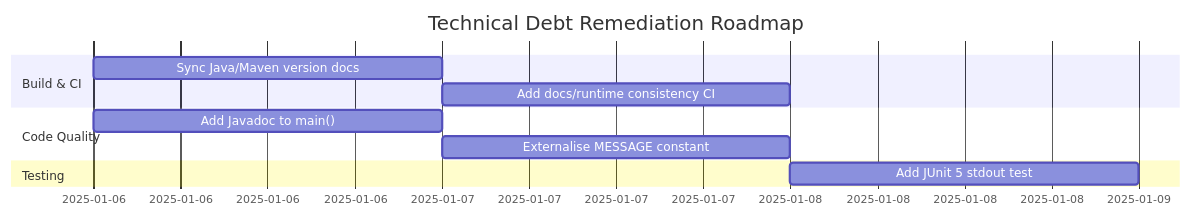
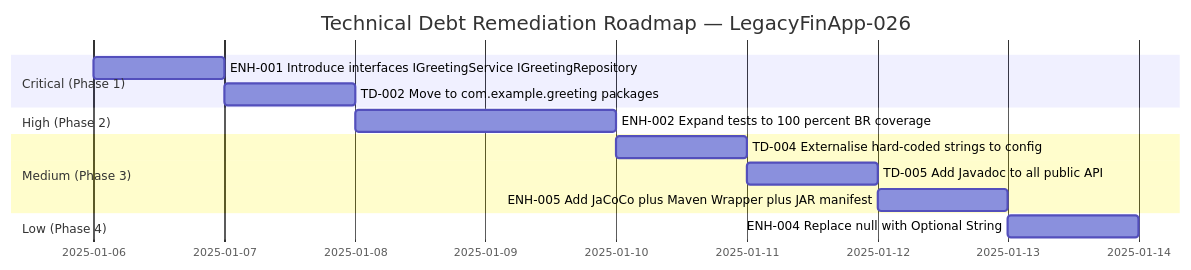
One commit to ktruchcz/copilot-test-ktruchcz changed diagram 19 of 19 in arc42-documentation.md. Above: the diagram before and after it, drawn with Mermaid. The commit also changed other lines of this file and 15 other files, not shown here.

Commit message:
feat: generate LegacyFinApp-026 insights documentation via code-analysis-orchestrator

````diff
--- a/arc42-documentation.md
+++ b/arc42-documentation.md
@@ -642,13 +1308,16 @@
 ```mermaid
 gantt
-    title Technical Debt Remediation Roadmap
+    title Technical Debt Remediation Roadmap — LegacyFinApp-026
     dateFormat  YYYY-MM-DD
-    section Build & CI
-    Sync Java/Maven version docs     :td02, 2025-01-06, 1d
-    Add docs/runtime consistency CI  :td03, after td02, 1d
-    section Code Quality
-    Add Javadoc to main()            :td04, 2025-01-06, 1d
-    Externalise MESSAGE constant     :td05, after td04, 1d
-    section Testing
-    Add JUnit 5 stdout test          :td01, after td03, 1d
+    section Critical (Phase 1)
+    ENH-001 Introduce interfaces IGreetingService IGreetingRepository   :td01, 2025-01-06, 1d
+    TD-002 Move to com.example.greeting packages                         :td02, after td01, 1d
+    section High (Phase 2)
+    ENH-002 Expand tests to 100 percent BR coverage                      :td03, after td02, 2d
+    section Medium (Phase 3)
+    TD-004 Externalise hard-coded strings to config                      :td04, after td03, 1d
+    TD-005 Add Javadoc to all public API                                 :td05, after td04, 1d
+    ENH-005 Add JaCoCo plus Maven Wrapper plus JAR manifest              :td06, after td05, 1d
+    section Low (Phase 4)
+    ENH-004 Replace null with Optional String                            :td07, after td06, 1d
 ```
````
